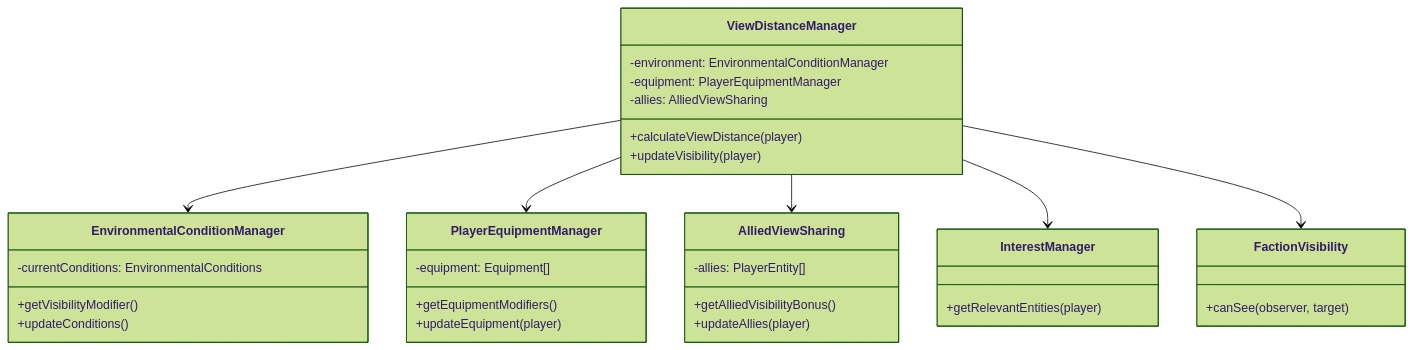
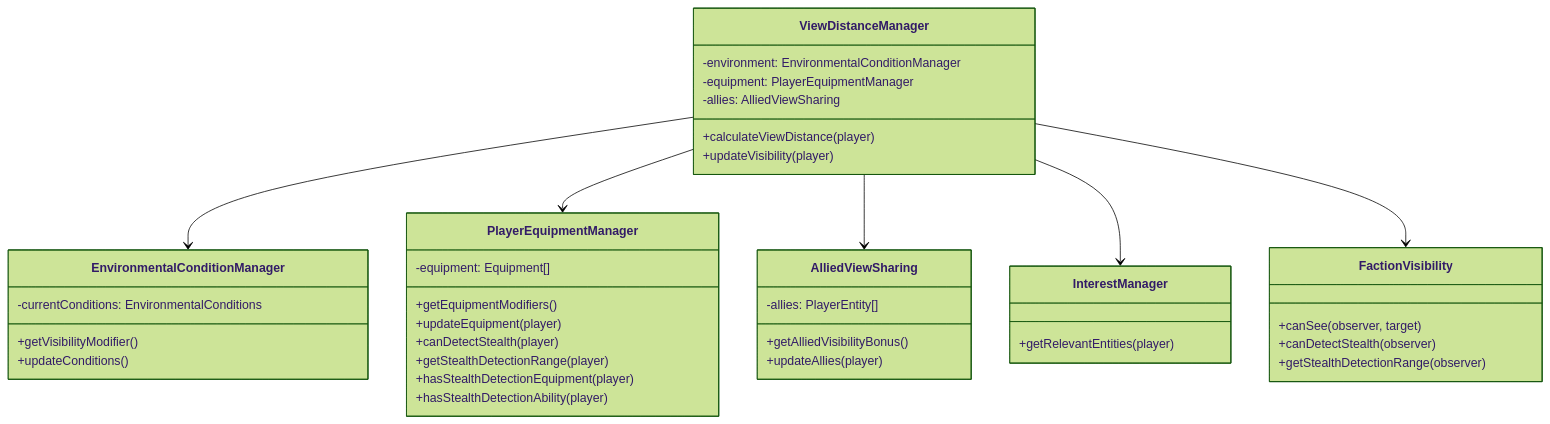
The fourth of 6 diagrams in memory-bank/systemPatterns.md (RimoVR/Planetbyte), drawn with Mermaid (forest theme) before and after one commit. The commit also changed other lines of this file and 17 other files, not shown here.

````diff
--- a/memory-bank/systemPatterns.md
+++ b/memory-bank/systemPatterns.md
@@ -205,42 +234,51 @@
 ```mermaid
 classDiagram
     ViewDistanceManager --> EnvironmentalConditionManager
     ViewDistanceManager --> PlayerEquipmentManager
     ViewDistanceManager --> AlliedViewSharing
     ViewDistanceManager --> InterestManager
     ViewDistanceManager --> FactionVisibility
     
     class ViewDistanceManager {
         -environment: EnvironmentalConditionManager
         -equipment: PlayerEquipmentManager
         -allies: AlliedViewSharing
         +calculateViewDistance(player)
         +updateVisibility(player)
     }
     
     class EnvironmentalConditionManager {
         -currentConditions: EnvironmentalConditions
         +getVisibilityModifier()
         +updateConditions()
     }
     
     class PlayerEquipmentManager {
         -equipment: Equipment[]
         +getEquipmentModifiers()
         +updateEquipment(player)
     }
     
     class AlliedViewSharing {
         -allies: PlayerEntity[]
         +getAlliedVisibilityBonus()
         +updateAllies(player)
     }
     
     class InterestManager {
         +getRelevantEntities(player)
     }
     
     class FactionVisibility {
         +canSee(observer, target)
+        +canDetectStealth(observer)
+        +getStealthDetectionRange(observer)
+    }
+    
+    class PlayerEquipmentManager {
+        +canDetectStealth(player)
+        +getStealthDetectionRange(player)
+        +hasStealthDetectionEquipment(player)
+        +hasStealthDetectionAbility(player)
     }
 ```
````
